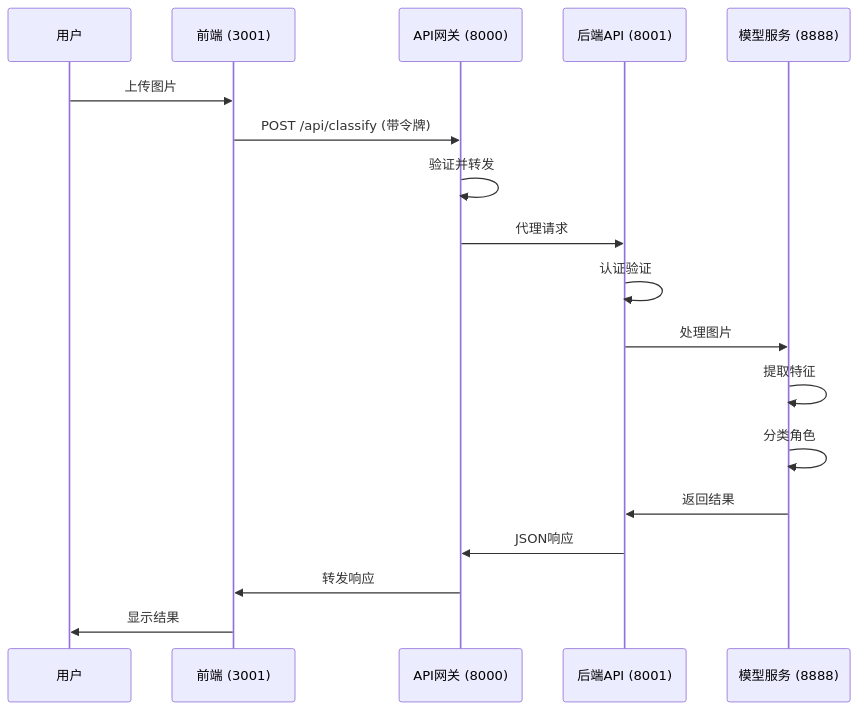
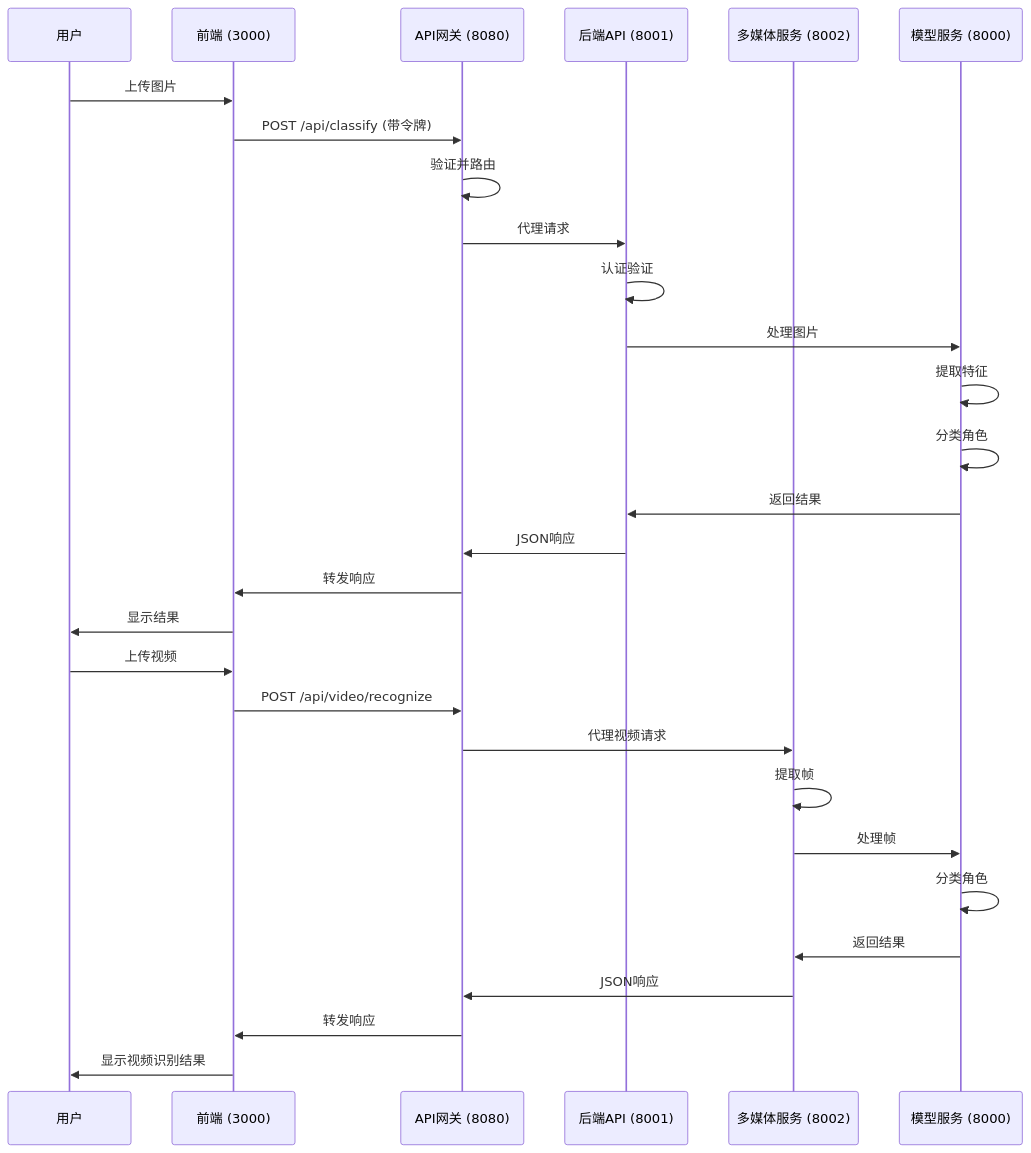
The second of 2 diagrams in README.zh.md (caozhaoqi/anime_role_detect), drawn with Mermaid before and after one commit. The commit also changed other lines of this file and 16 other files, not shown here.

````diff
--- a/README.zh.md
+++ b/README.zh.md
@@ -184,21 +184,33 @@
 ```mermaid
 sequenceDiagram
     participant 用户 as 用户
-    participant 前端 as 前端 (3001)
-    participant 网关 as API网关 (8000)
+    participant 前端 as 前端 (3000)
+    participant 网关 as API网关 (8080)
     participant 后端 as 后端API (8001)
-    participant 模型 as 模型服务 (8888)
+    participant 多媒体 as 多媒体服务 (8002)
+    participant 模型 as 模型服务 (8000)
 
     用户->>前端: 上传图片
     前端->>网关: POST /api/classify (带令牌)
-    网关->>网关: 验证并转发
+    网关->>网关: 验证并路由
     网关->>后端: 代理请求
     后端->>后端: 认证验证
     后端->>模型: 处理图片
     模型->>模型: 提取特征
     模型->>模型: 分类角色
     模型->>后端: 返回结果
     后端->>网关: JSON响应
     网关->>前端: 转发响应
     前端->>用户: 显示结果
+    
+    用户->>前端: 上传视频
+    前端->>网关: POST /api/video/recognize
+    网关->>多媒体: 代理视频请求
+    多媒体->>多媒体: 提取帧
+    多媒体->>模型: 处理帧
+    模型->>模型: 分类角色
+    模型->>多媒体: 返回结果
+    多媒体->>网关: JSON响应
+    网关->>前端: 转发响应
+    前端->>用户: 显示视频识别结果
 ```
````
